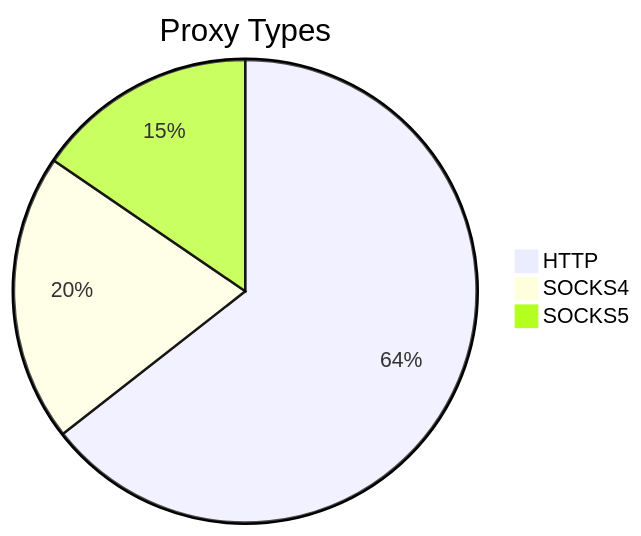
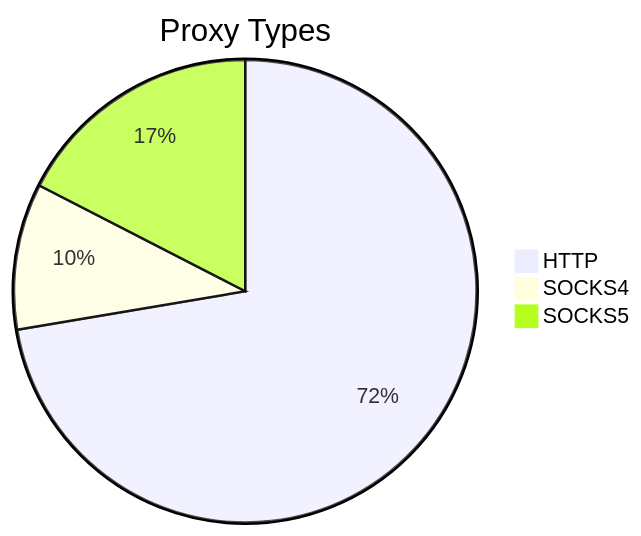
One commit to stormsia/proxy-list changed the first of 2 diagrams in README.md. Above: the diagram before and after it, drawn with Mermaid. The commit also changed other lines of this file, not shown here.

````diff
--- a/README.md
+++ b/README.md
@@ -21,6 +21,6 @@
 ```mermaid
 pie title Proxy Types
-    "HTTP" : 375
-    "SOCKS4" : 117
-    "SOCKS5" : 90
+    "HTTP" : 170
+    "SOCKS4" : 24
+    "SOCKS5" : 41
 ```
````
